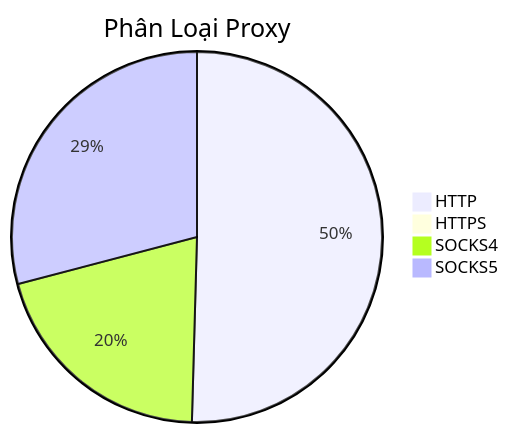
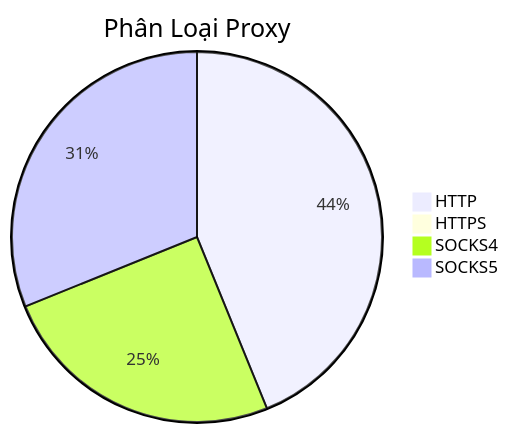
The diagram in README.md (Ciara-12/PROXY-free), drawn with Mermaid before and after one commit. The commit also changed other lines of this file and 3 other files, not shown here.

````diff
--- a/README.md
+++ b/README.md
@@ -26,7 +26,7 @@
 ```mermaid
 pie title Phân Loại Proxy
-    "HTTP" : 690
+    "HTTP" : 455
     "HTTPS" : 0
-    "SOCKS4" : 280
-    "SOCKS5" : 398
+    "SOCKS4" : 260
+    "SOCKS5" : 323
 ```
````
